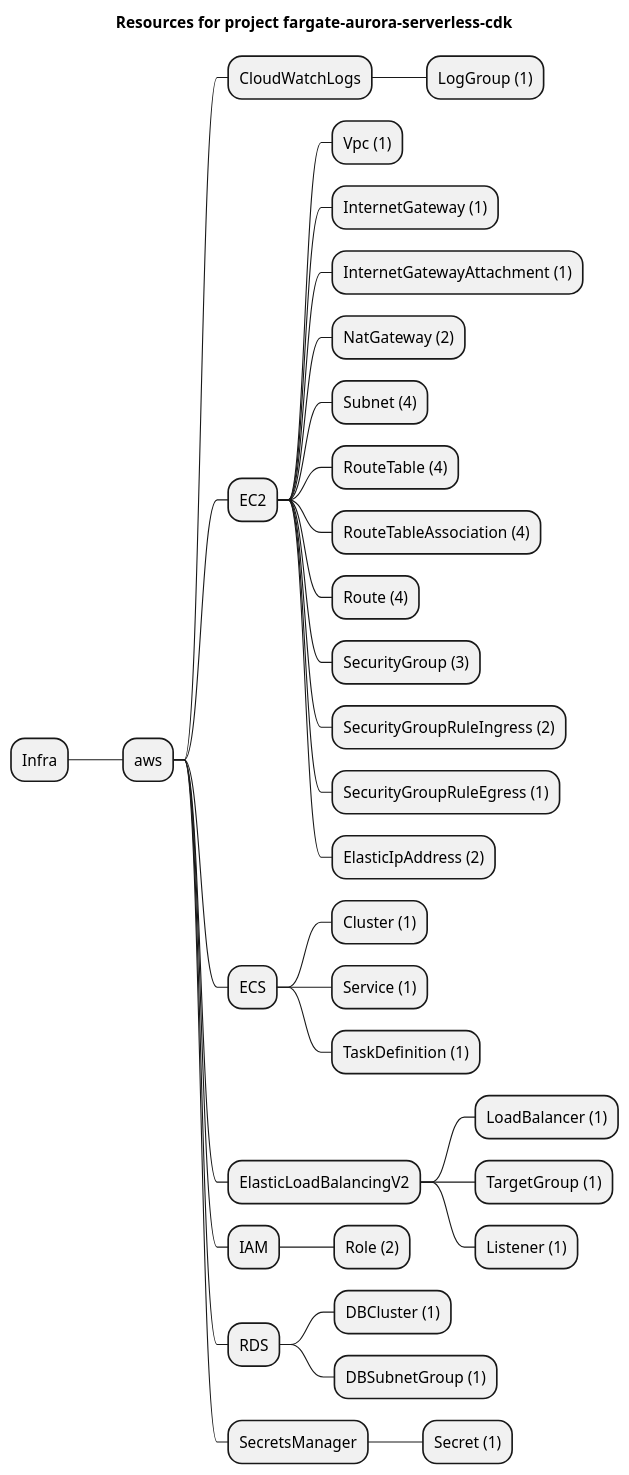
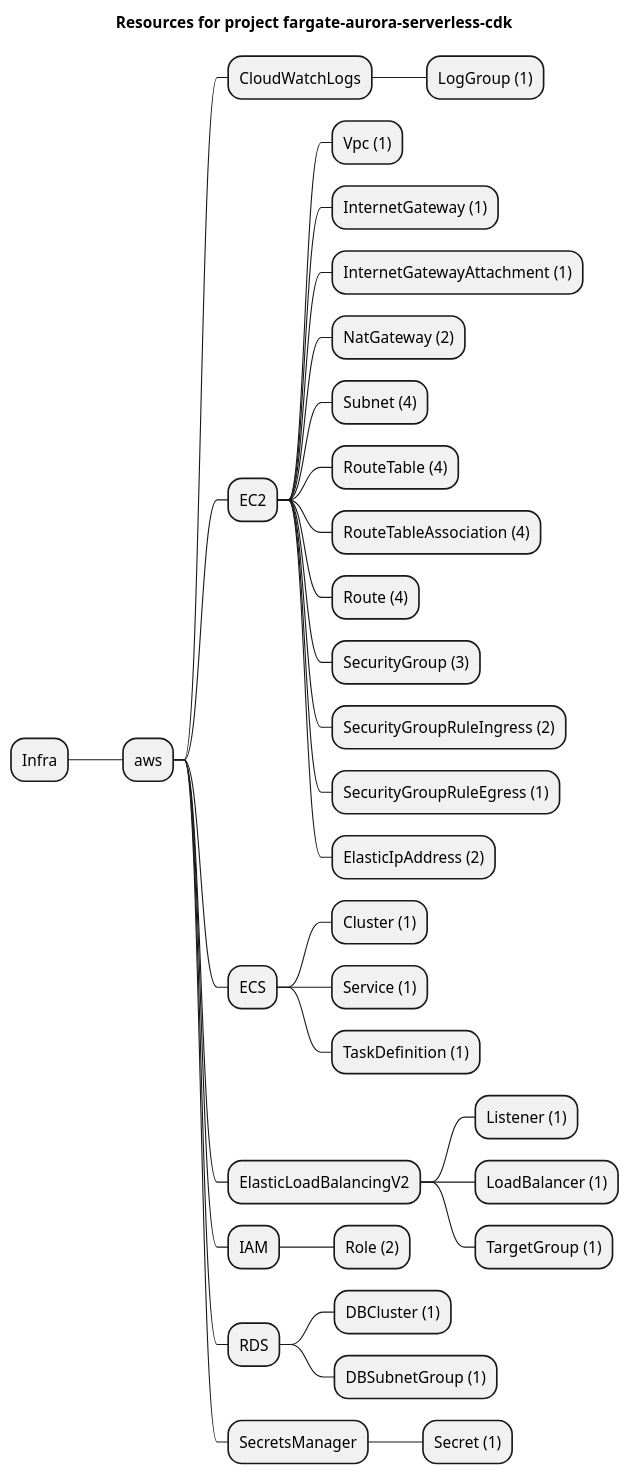
One commit to grucloud/grucloud changed the diagram in examples/aws/ECS/fargate-aurora-serverless-cdk/artifacts/resources-mindmap.puml. Above: the diagram before and after it, drawn with PlantUML. The commit also changed other lines of this file and 36 other files, not shown here.

```diff
--- a/examples/aws/ECS/fargate-aurora-serverless-cdk/artifacts/resources-mindmap.puml
+++ b/examples/aws/ECS/fargate-aurora-serverless-cdk/artifacts/resources-mindmap.puml
@@ -1,36 +1,36 @@
 @startmindmap
 title Resources for project fargate-aurora-serverless-cdk
 skinparam monochrome true
 + Infra
 ++ aws
 +++ CloudWatchLogs
 ++++ LogGroup (1)
 +++ EC2
 ++++ Vpc (1)
 ++++ InternetGateway (1)
 ++++ InternetGatewayAttachment (1)
 ++++ NatGateway (2)
 ++++ Subnet (4)
 ++++ RouteTable (4)
 ++++ RouteTableAssociation (4)
 ++++ Route (4)
 ++++ SecurityGroup (3)
 ++++ SecurityGroupRuleIngress (2)
 ++++ SecurityGroupRuleEgress (1)
 ++++ ElasticIpAddress (2)
 +++ ECS
 ++++ Cluster (1)
 ++++ Service (1)
 ++++ TaskDefinition (1)
 +++ ElasticLoadBalancingV2
+++++ Listener (1)
 ++++ LoadBalancer (1)
 ++++ TargetGroup (1)
-++++ Listener (1)
 +++ IAM
 ++++ Role (2)
 +++ RDS
 ++++ DBCluster (1)
 ++++ DBSubnetGroup (1)
 +++ SecretsManager
 ++++ Secret (1)
 @endmindmap
```
